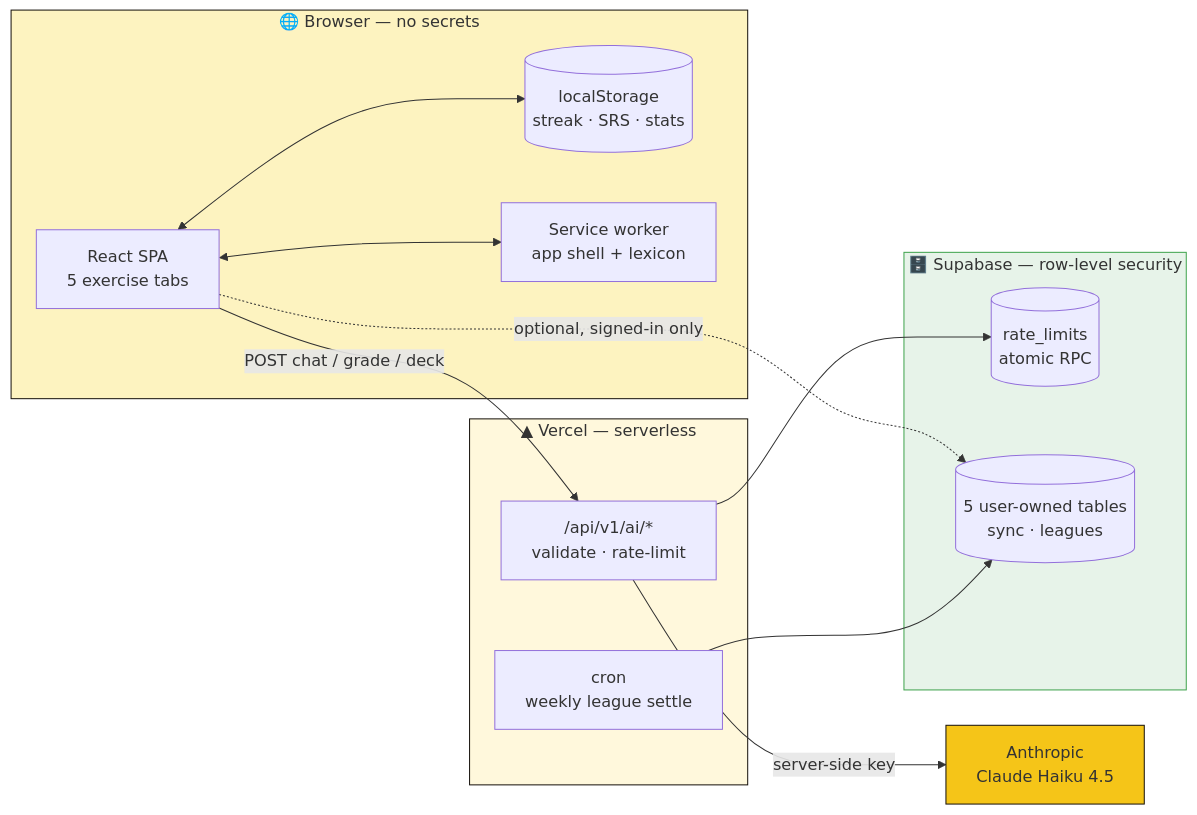
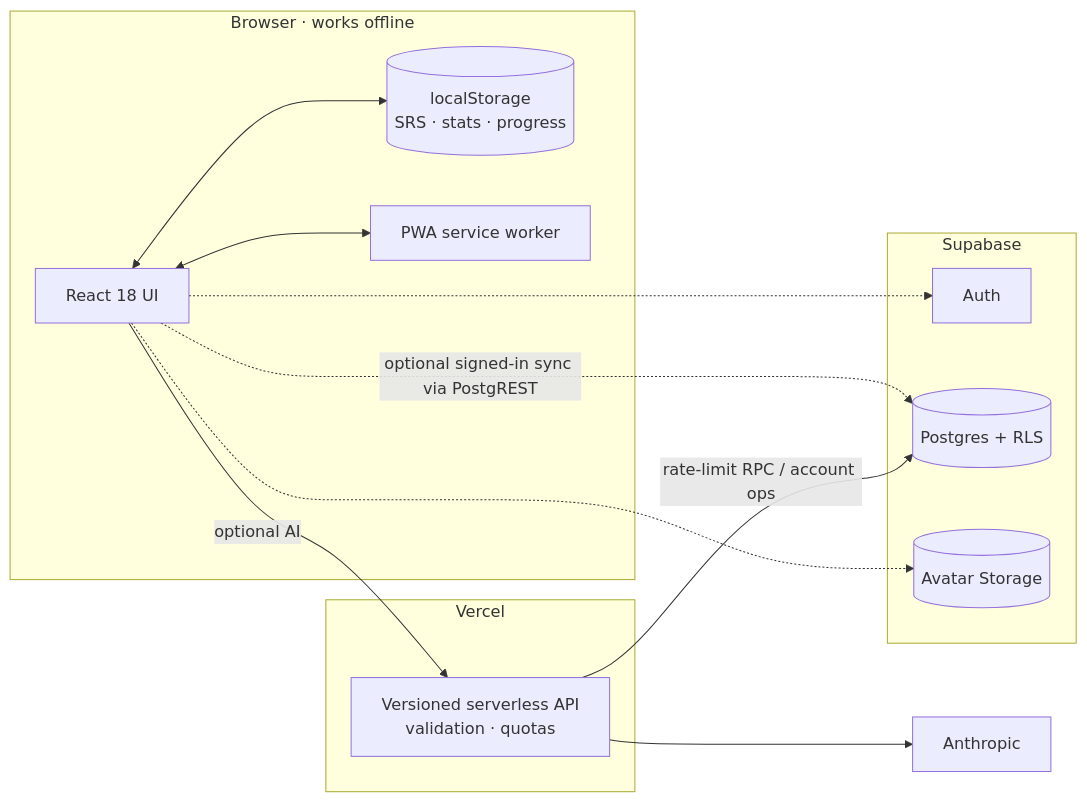
The diagram in README.md (blackhebrewisraeli/deutsch-app), drawn with Mermaid before and after one commit. The commit also changed other lines of this file, not shown here.

````diff
--- a/README.md
+++ b/README.md
@@ -856,33 +168,28 @@
 ```mermaid
 flowchart LR
-    subgraph Browser["🌐 Browser — no secrets"]
-        UI["React SPA<br/>5 exercise tabs"]
-        LS[("localStorage<br/>streak · SRS · stats")]
-        SW["Service worker<br/>app shell + lexicon"]
-        UI <--> LS
+    subgraph Browser["Browser · works offline"]
+        UI["React 18 UI"]
+        Local[("localStorage\nSRS · stats · progress")]
+        SW["PWA service worker"]
+        UI <--> Local
         UI <--> SW
     end
 
-    subgraph Vercel["▲ Vercel — serverless"]
-        AI["/api/v1/ai/*<br/>validate · rate-limit"]
-        CRON["cron<br/>weekly league settle"]
+    subgraph Vercel["Vercel"]
+        API["Versioned serverless API\nvalidation · quotas"]
     end
 
-    subgraph Data["🗄️ Supabase — row-level security"]
-        RL[("rate_limits<br/>atomic RPC")]
-        USER[("5 user-owned tables<br/>sync · leagues")]
+    subgraph Supabase["Supabase"]
+        Auth["Auth"]
+        DB[("Postgres + RLS")]
+        Storage[("Avatar Storage")]
     end
 
-    ANT["Anthropic<br/>Claude Haiku 4.5"]
+    AI["Anthropic"]
 
-    UI -->|"POST chat / grade / deck"| AI
-    AI -->|"server-side key"| ANT
-    AI --> RL
-    UI -.->|"optional, signed-in only"| USER
-    CRON --> USER
-
-    style Browser fill:#FDF3C0,stroke:#16110B
-    style Vercel fill:#FFF8DC,stroke:#16110B
-    style Data fill:#E7F3E9,stroke:#3FA34D
-    style ANT fill:#F5C518,stroke:#16110B
+    UI -->|"optional AI"| API --> AI
+    API -->|"rate-limit RPC / account ops"| DB
+    UI -.->|"optional signed-in sync via PostgREST"| DB
+    UI -.-> Auth
+    UI -.-> Storage
 ```
````
